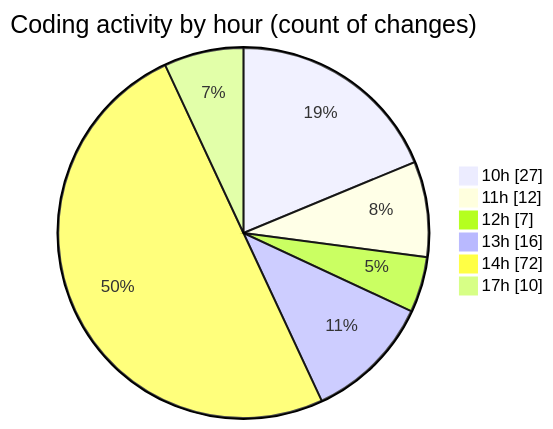
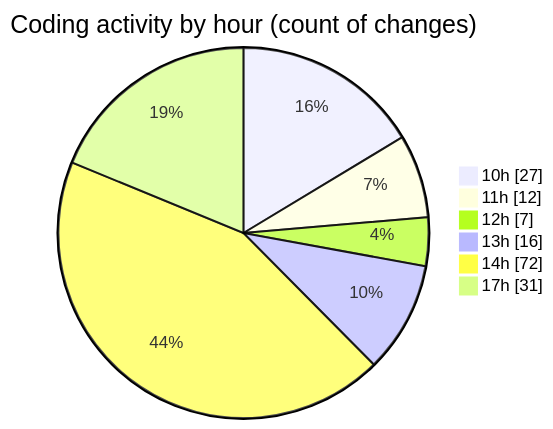
Before and after one commit to MatusMokan/code-tracking: the second of 2 diagrams in 2025-03-01/myws__workspace_/README.md, drawn with Mermaid. The commit also changed other lines of this file and 1 other file, not shown here.

````diff
--- a/2025-03-01/myws__workspace_/README.md
+++ b/2025-03-01/myws__workspace_/README.md
@@ -41,10 +41,10 @@
 ```mermaid
 pie showData
 title Coding activity by hour (count of changes)
 "10h" : 27
 "11h" : 12
 "12h" : 7
 "13h" : 16
 "14h" : 72
-"17h" : 10
+"17h" : 31
 ```
````
